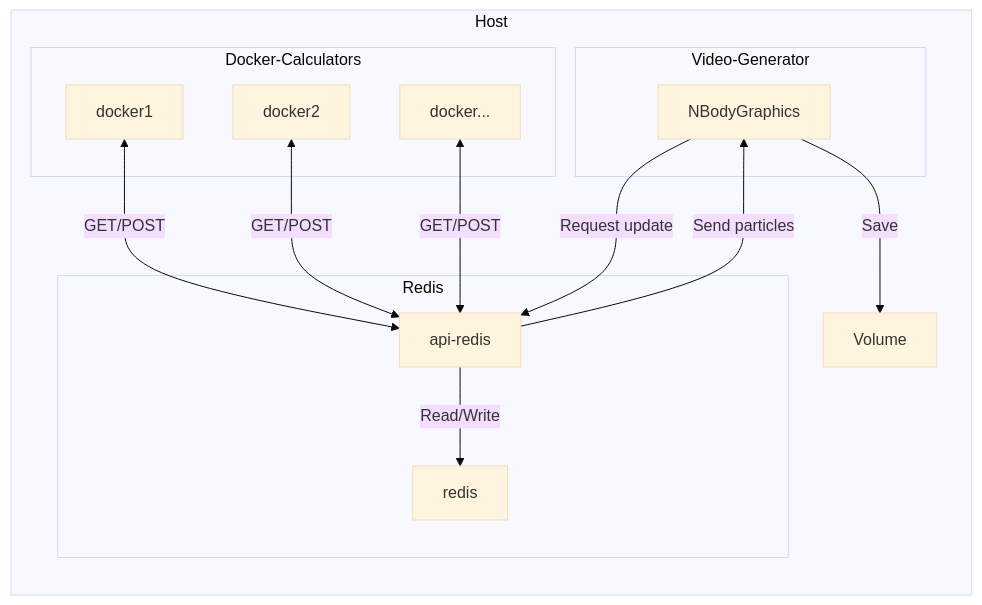
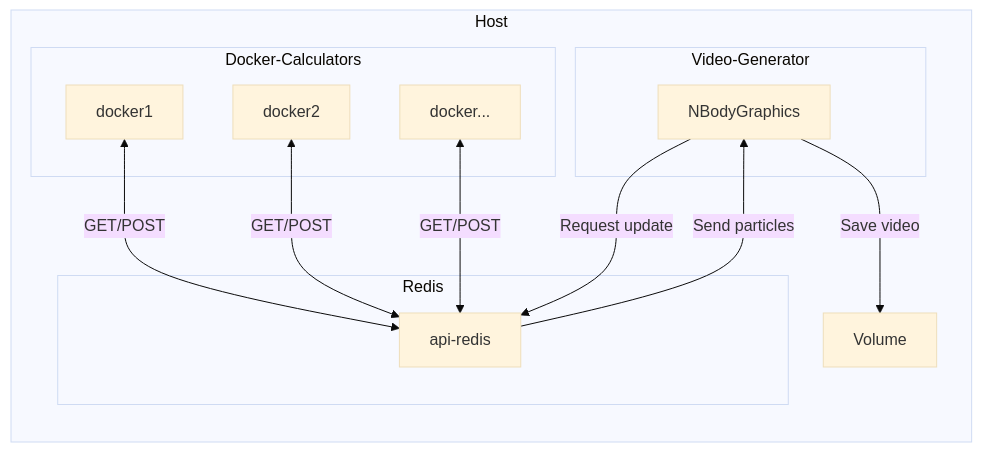
Before and after one commit to Im-Rises/nbody-simulator-docker: the first of 2 diagrams in README.md, drawn with Mermaid (base theme).

````diff
--- a/README.md
+++ b/README.md
@@ -40,25 +40,25 @@
 ```mermaid
 flowchart LR
     
     subgraph Host
     
     subgraph Docker-Calculators
     docker1 & docker2 & docker...
     end
     docker1 & docker2 & docker... <--> |GET/POST| api-redis
     subgraph Redis
-    api-redis --> | Read/Write | redis
+    api-redis
     end
     api-redis --> |Send particles| NBodyGraphics
     NBodyGraphics --> |Request update| api-redis
     subgraph Video-Generator
     end
     
     subgraph Video-Generator
     NBodyGraphics
     end
     
-    NBodyGraphics --> |Save| Volume
+    NBodyGraphics --> |Save video | Volume
    
 end
 ```
````
